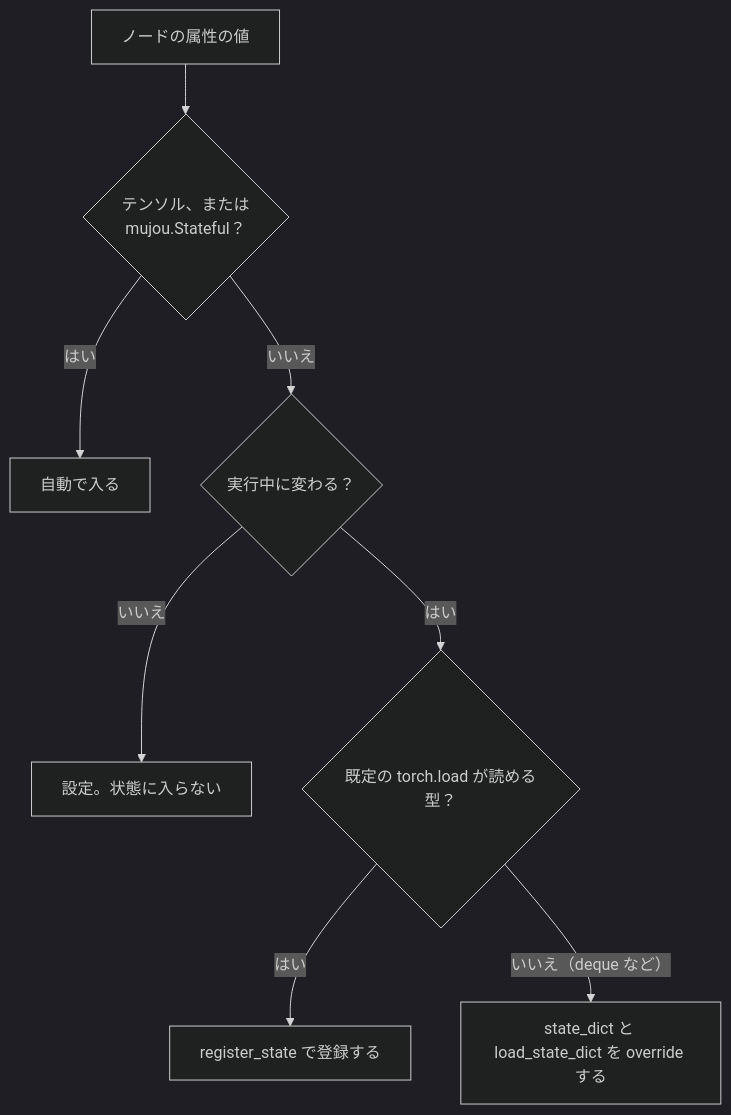
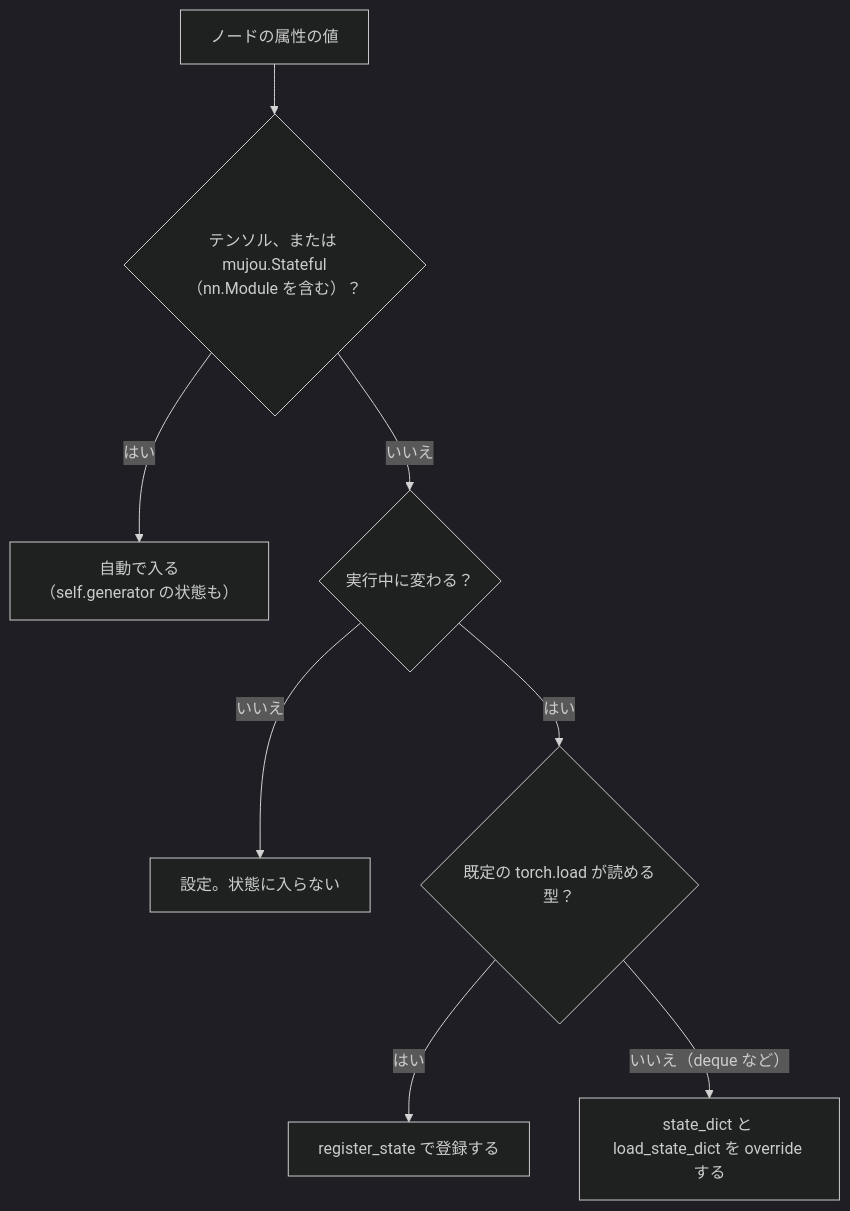
Before and after one commit to Geson-anko/mujou: the third of 3 diagrams in docs/ja/tutorial/6-save-and-resume.md, drawn with Mermaid (dark theme). The commit also changed other lines of this file and 49 other files, not shown here.

````diff
--- a/docs/ja/tutorial/6-save-and-resume.md
+++ b/docs/ja/tutorial/6-save-and-resume.md
@@ -147,10 +54,10 @@
 ```mermaid
 flowchart TD
-    A["ノードの属性の値"] --> Q1{"テンソル、または<br/>mujou.Stateful？"}
-    Q1 -- はい --> S["自動で入る"]
+    A["ノードの属性の値"] --> Q1{"テンソル、または mujou.Stateful<br/>（nn.Module を含む）？"}
+    Q1 -- はい --> S["自動で入る<br/>（self.generator の状態も）"]
     Q1 -- いいえ --> Q2{"実行中に変わる？"}
     Q2 -- いいえ --> C["設定。状態に入らない"]
     Q2 -- はい --> Q3{"既定の torch.load が読める型？"}
     Q3 -- はい --> R["register_state で登録する"]
     Q3 -- "いいえ（deque など）" --> O["state_dict と load_state_dict を override する"]
 ```
````
